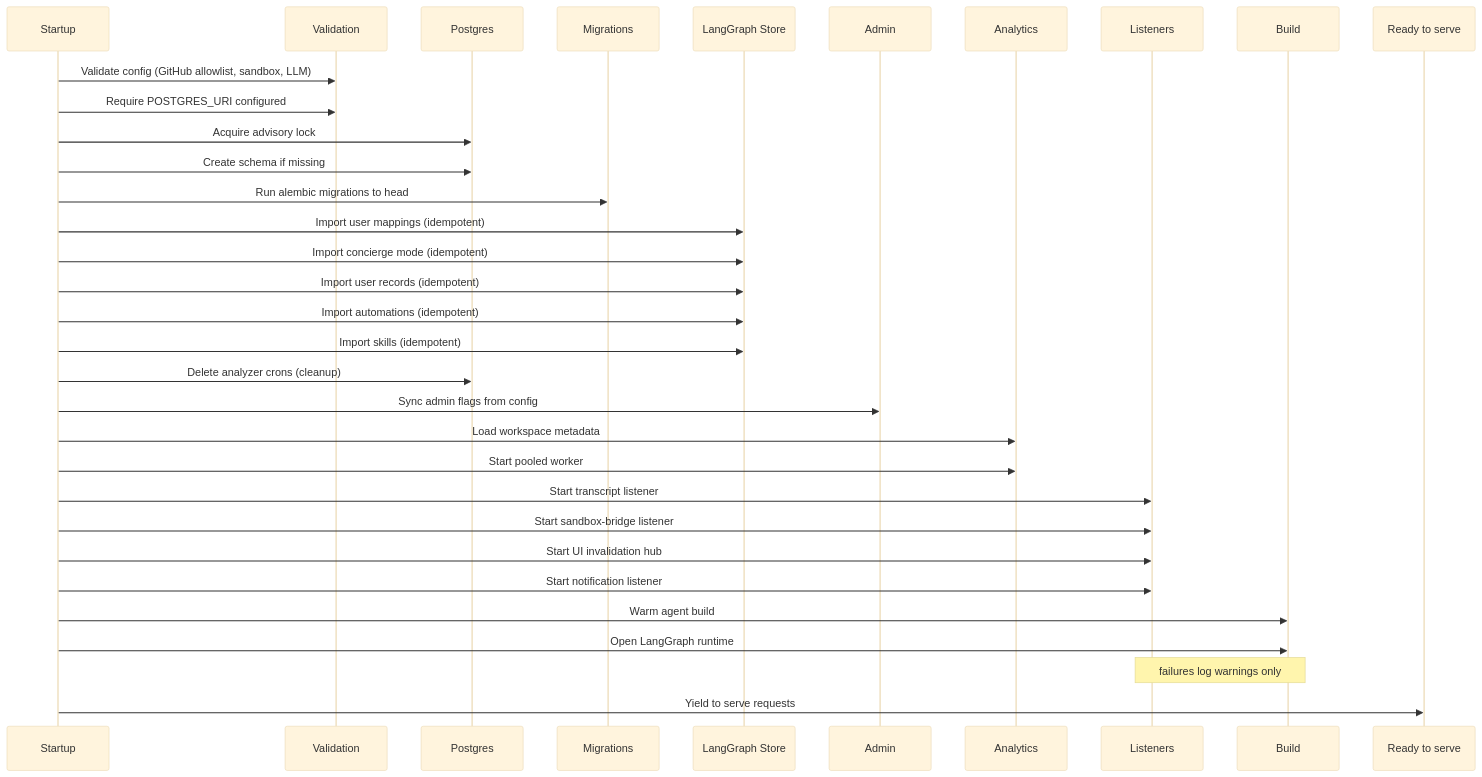
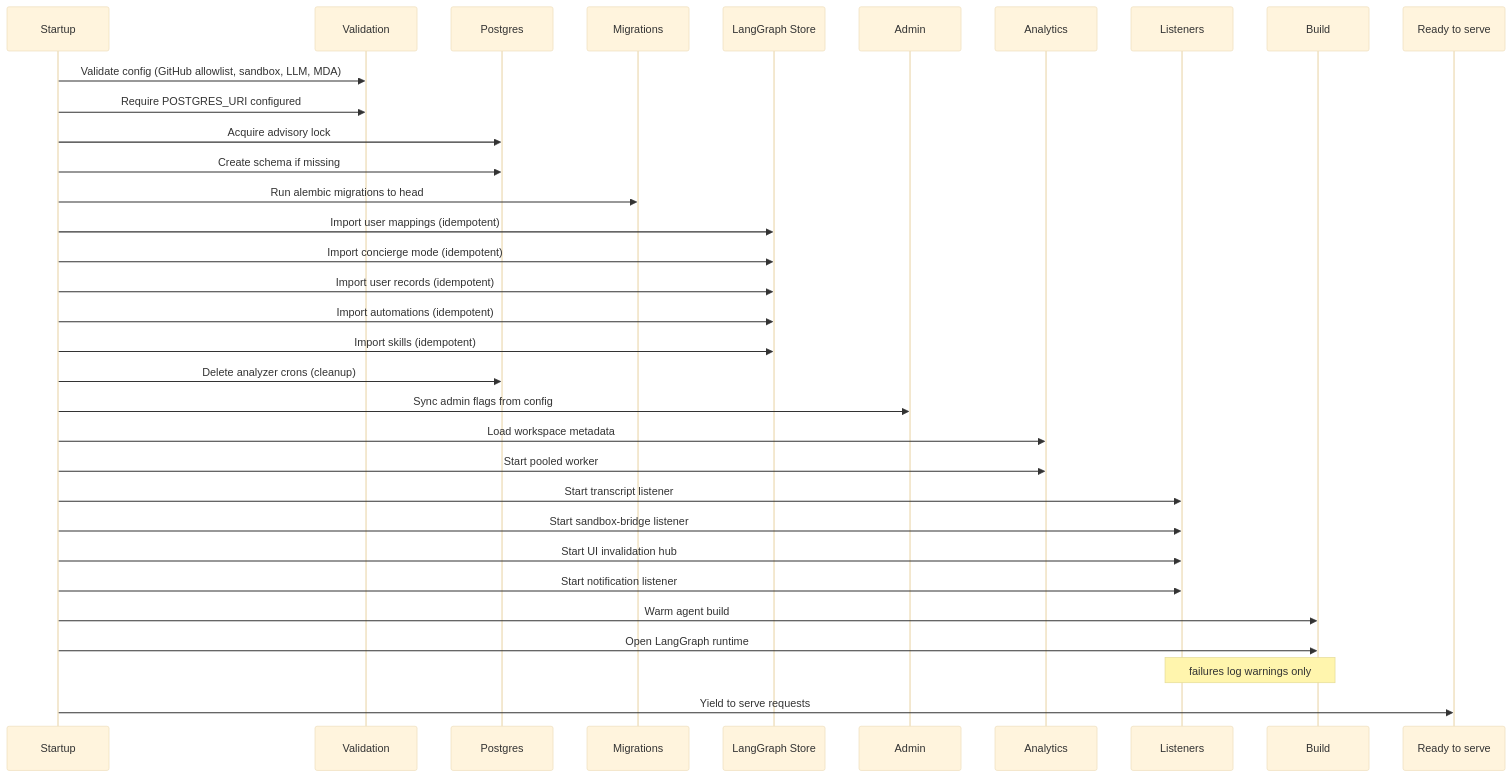
One commit to aeteq/open-swe changed the diagram in openwiki/operations/deployment.md. Above: the diagram before and after it, drawn with Mermaid (base theme). The commit also changed other lines of this file and 46 other files, not shown here.

````diff
--- a/openwiki/operations/deployment.md
+++ b/openwiki/operations/deployment.md
@@ -69,36 +69,36 @@
 ```mermaid
 sequenceDiagram
   participant Boot as Startup
   participant Validation as Validation
   participant DB as Postgres
   participant Migrations as Migrations
   participant Store as LangGraph Store
   participant Admin as Admin
   participant Analytics as Analytics
   participant Listeners as Listeners
   participant Build as Build
   participant Ready as Ready to serve
 
-  Boot->>Validation: Validate config (GitHub allowlist, sandbox, LLM)
+  Boot->>Validation: Validate config (GitHub allowlist, sandbox, LLM, MDA)
   Boot->>Validation: Require POSTGRES_URI configured
   Boot->>DB: Acquire advisory lock
   Boot->>DB: Create schema if missing
   Boot->>Migrations: Run alembic migrations to head
   Boot->>Store: Import user mappings (idempotent)
   Boot->>Store: Import concierge mode (idempotent)
   Boot->>Store: Import user records (idempotent)
   Boot->>Store: Import automations (idempotent)
   Boot->>Store: Import skills (idempotent)
   Boot->>DB: Delete analyzer crons (cleanup)
   Boot->>Admin: Sync admin flags from config
   Boot->>Analytics: Load workspace metadata
   Boot->>Analytics: Start pooled worker
   Boot->>Listeners: Start transcript listener
   Boot->>Listeners: Start sandbox-bridge listener
   Boot->>Listeners: Start UI invalidation hub
   Boot->>Listeners: Start notification listener
   Boot->>Build: Warm agent build
   Boot->>Build: Open LangGraph runtime
   Note over Listeners,Build: failures log warnings only
   Boot->>Ready: Yield to serve requests
 ```
````
